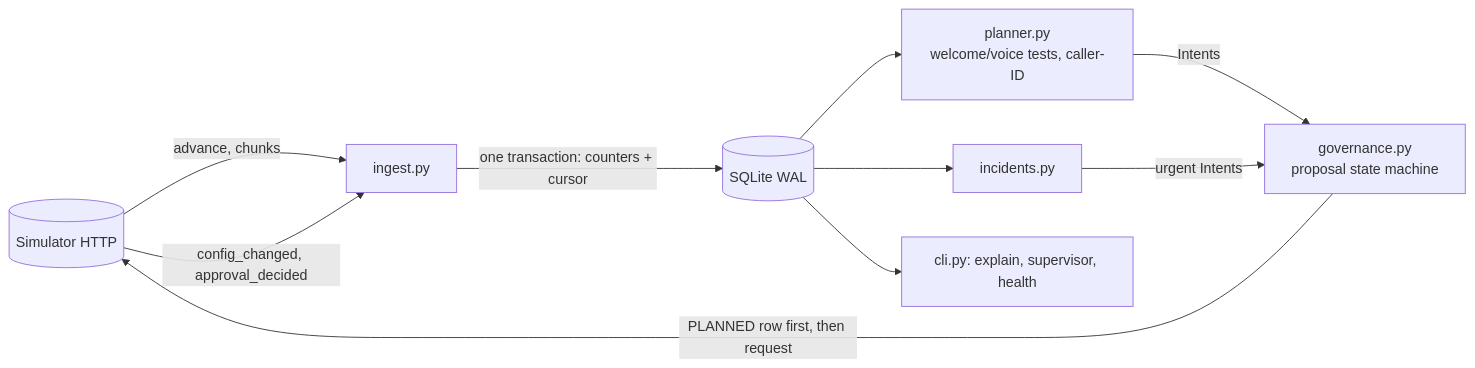
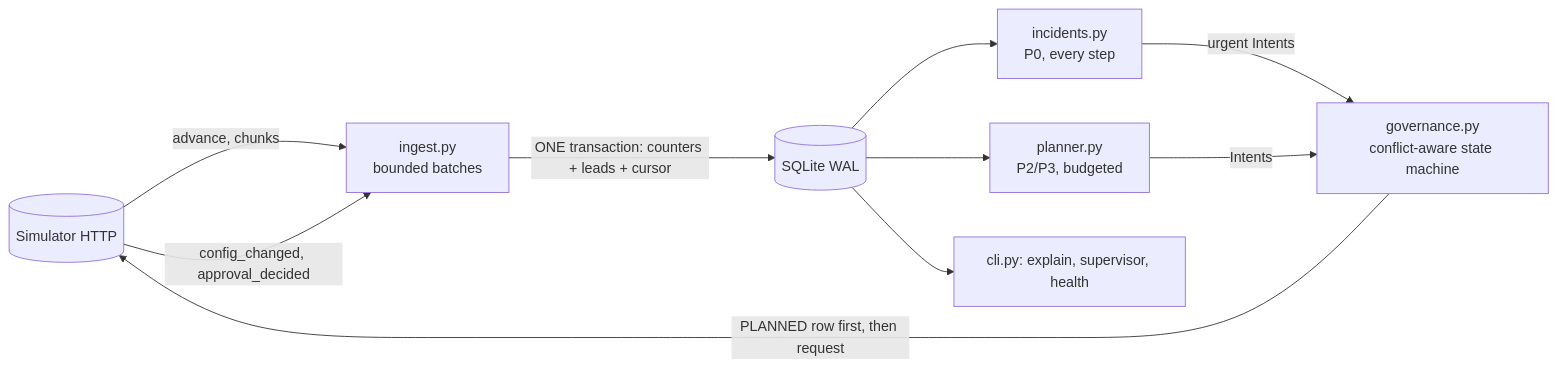
One commit to DarshaK1Just/agent-autopilot changed the diagram in SUBMISSION.md. Above: the diagram before and after it, drawn with Mermaid. The commit also changed other lines of this file and 2 other files, not shown here.

````diff
--- a/SUBMISSION.md
+++ b/SUBMISSION.md
@@ -89,12 +89,12 @@
 ```mermaid
 flowchart LR
-  SIM[(Simulator HTTP)] -->|advance, chunks| ING[ingest.py]
-  ING -->|one transaction: counters + cursor| DB[(SQLite WAL)]
-  DB --> PL[planner.py<br/>welcome/voice tests, caller-ID]
-  DB --> INC[incidents.py]
-  PL -->|Intents| GOV[governance.py<br/>proposal state machine]
-  INC -->|urgent Intents| GOV
+  SIM[(Simulator HTTP)] -->|advance, chunks| ING[ingest.py<br/>bounded batches]
+  ING -->|ONE transaction: counters + leads + cursor| DB[(SQLite WAL)]
+  DB --> INC[incidents.py<br/>P0, every step]
+  DB --> PL[planner.py<br/>P2/P3, budgeted]
+  INC -->|urgent Intents| GOV[governance.py<br/>conflict-aware state machine]
+  PL -->|Intents| GOV
   GOV -->|PLANNED row first, then request| SIM
   SIM -->|config_changed, approval_decided| ING
   DB --> CLI[cli.py: explain, supervisor, health]
 ```
````
